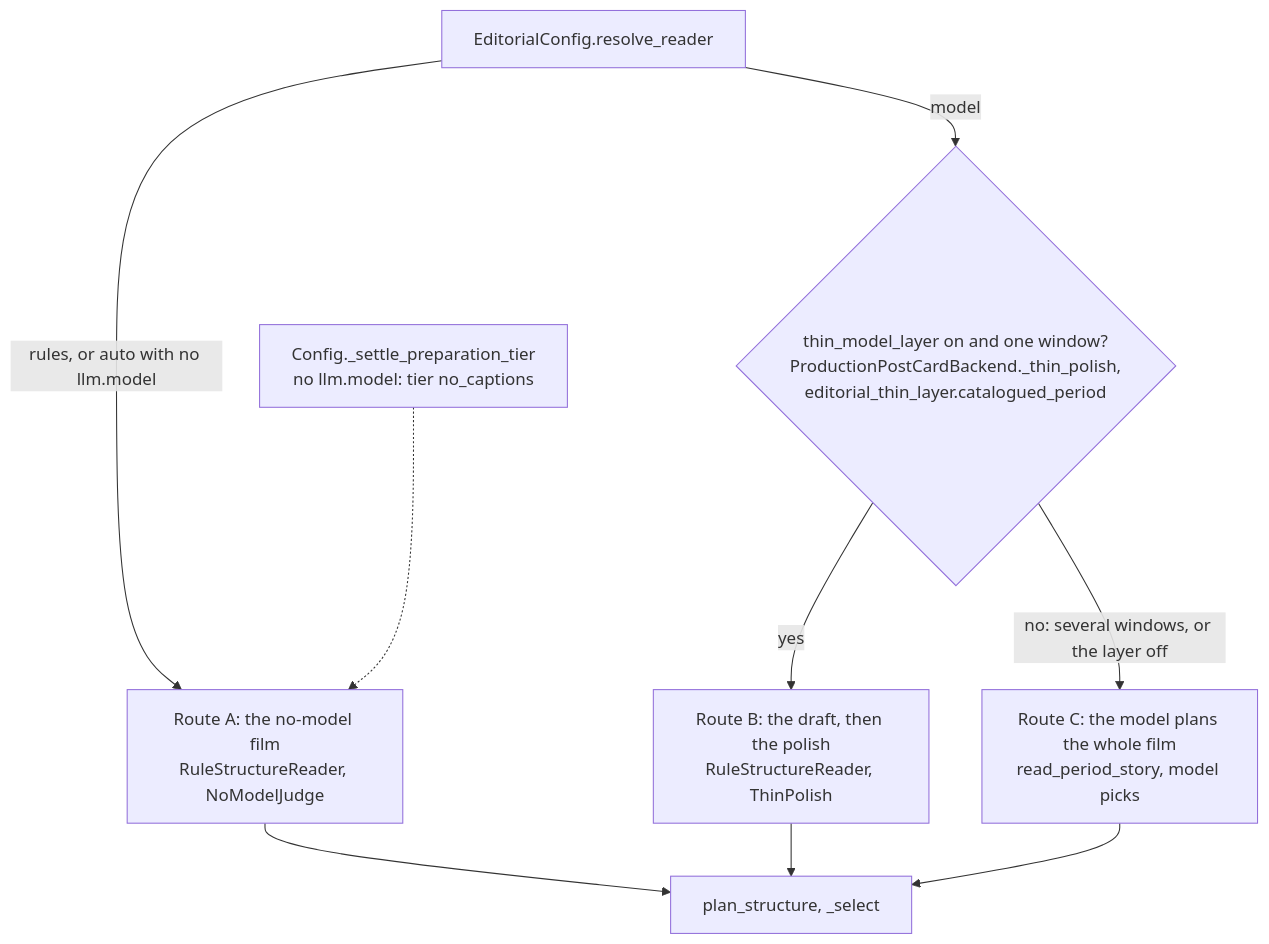
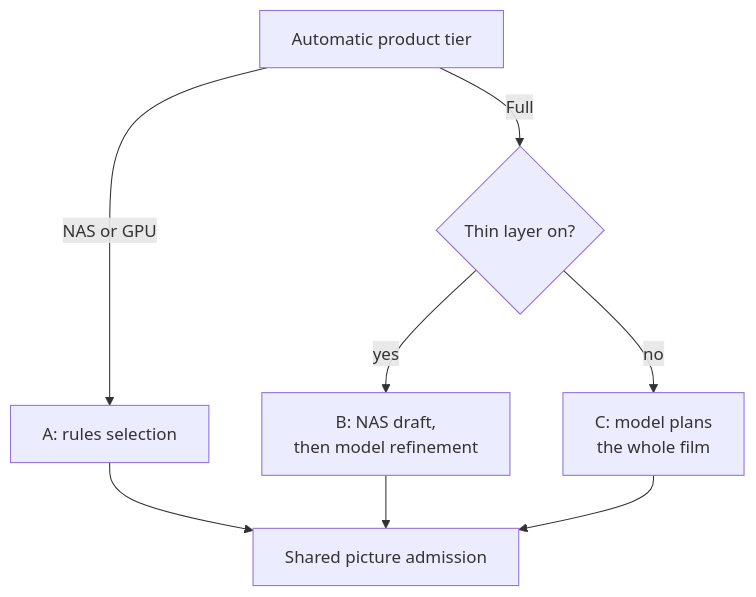
Before and after one commit to sam-dumont/immich-memories: the first of 3 diagrams in docs-site/docs/how-it-chooses/what-a-model-adds.md, drawn with Mermaid. The commit also changed other lines of this file and 10 other files, not shown here.

Commit message:
docs(tiers): explain bounded refinement and readable phone diagrams

````diff
--- a/docs-site/docs/how-it-chooses/what-a-model-adds.md
+++ b/docs-site/docs/how-it-chooses/what-a-model-adds.md
@@ -21,11 +20,10 @@
 ```mermaid
 flowchart TD
-  cfg["EditorialConfig.resolve_reader"] -- "rules, or auto with no llm.model" --> A
-  cfg -- "model" --> thin{"thin_model_layer on and one window?<br/>ProductionPostCardBackend._thin_polish,<br/>editorial_thin_layer.catalogued_period"}
+  cfg["Automatic product tier"] -- "NAS or GPU" --> A
+  cfg -- "Full" --> thin{"Thin layer on?"}
   thin -- yes --> B
-  thin -- "no: several windows, or the layer off" --> C
-  A["Route A: the no-model film<br/>RuleStructureReader, NoModelJudge"] --> sel["plan_structure, _select"]
-  B["Route B: the draft, then the polish<br/>RuleStructureReader, ThinPolish"] --> sel
-  C["Route C: the model plans the whole film<br/>read_period_story, model picks"] --> sel
-  side["Config._settle_preparation_tier<br/>no llm.model: tier no_captions"] -.-> A
+  thin -- no --> C
+  A["A: rules selection"] --> sel["Shared picture admission"]
+  B["B: NAS draft,<br/>then model refinement"] --> sel
+  C["C: model plans<br/>the whole film"] --> sel
 ```
````
